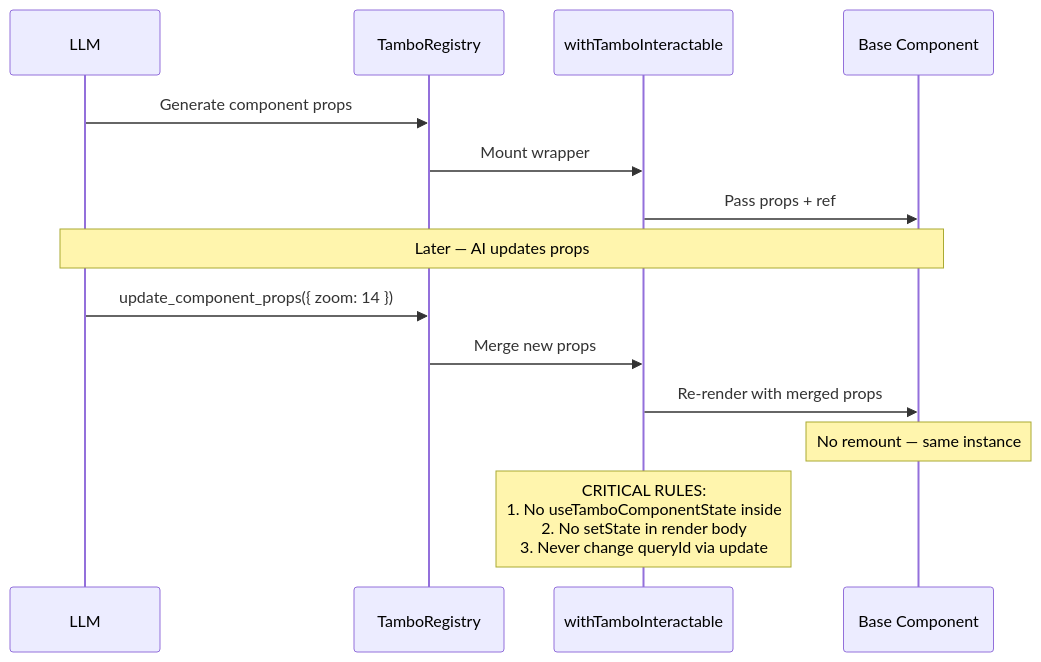
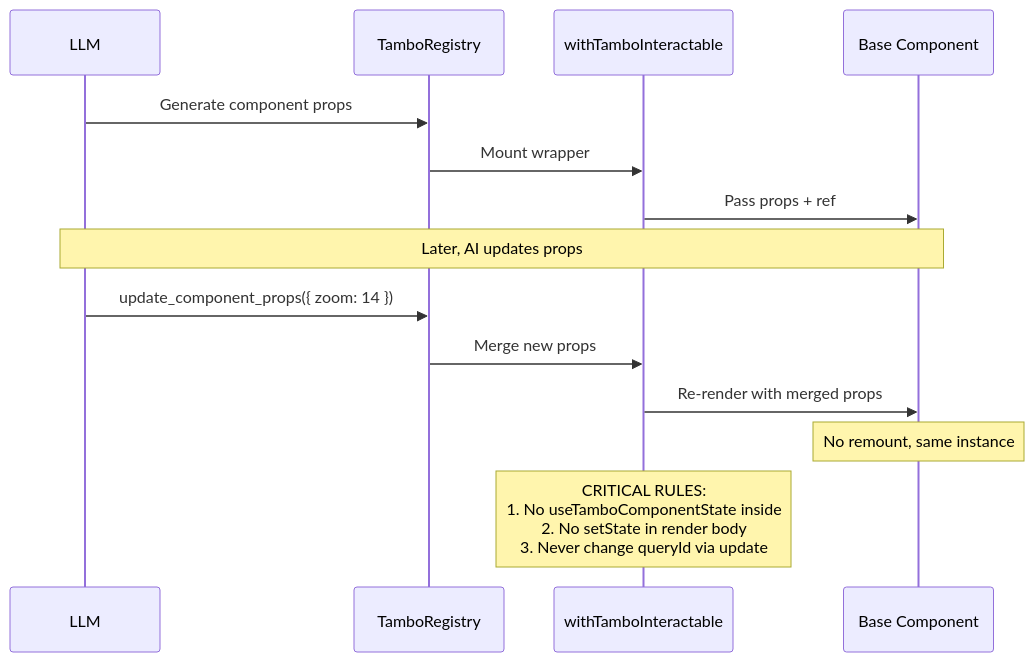
One commit to walkthru-earth/ai changed diagram 20 of 30 in ARCHITECTURE.md. Above: the diagram before and after it, drawn with Mermaid. The commit also changed other lines of this file and 69 other files, not shown here.

````diff
--- a/ARCHITECTURE.md
+++ b/ARCHITECTURE.md
@@ -727,20 +727,20 @@
 ```mermaid
 sequenceDiagram
     participant AI as LLM
     participant Registry as TamboRegistry
     participant WTI as withTamboInteractable
     participant Comp as Base Component
 
     AI->>Registry: Generate component props
     Registry->>WTI: Mount wrapper
     WTI->>Comp: Pass props + ref
 
-    Note over AI,Comp: Later — AI updates props
+    Note over AI,Comp: Later, AI updates props
 
     AI->>Registry: update_component_props({ zoom: 14 })
     Registry->>WTI: Merge new props
     WTI->>Comp: Re-render with merged props
-    Note over Comp: No remount — same instance
+    Note over Comp: No remount, same instance
 
     Note over WTI: CRITICAL RULES:<br/>1. No useTamboComponentState inside<br/>2. No setState in render body<br/>3. Never change queryId via update
 ```
````
